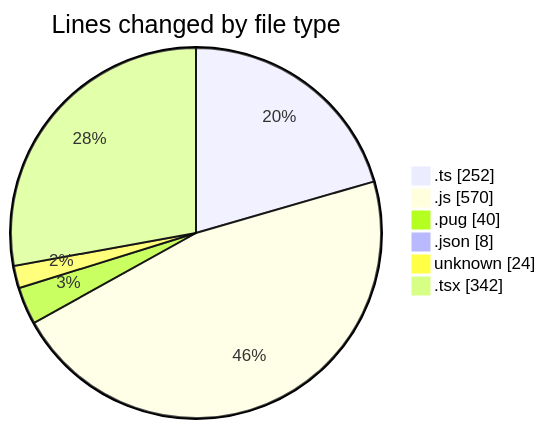
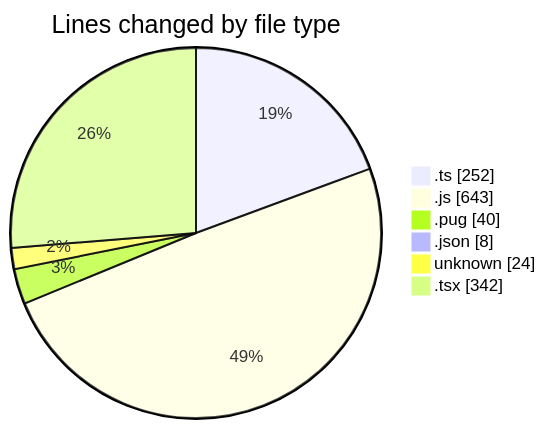
The first of 2 diagrams in 2025-02-25/cda/README.md (momahboobian/code-tracking), drawn with Mermaid before and after one commit. The commit also changed other lines of this file and 1 other file, not shown here.

````diff
--- a/2025-02-25/cda/README.md
+++ b/2025-02-25/cda/README.md
@@ -34,10 +34,10 @@
 ```mermaid
 pie showData
 title Lines changed by file type
 ".ts" : 252
-".js" : 570
+".js" : 643
 ".pug" : 40
 ".json" : 8
 "unknown" : 24
 ".tsx" : 342
 ```
````
